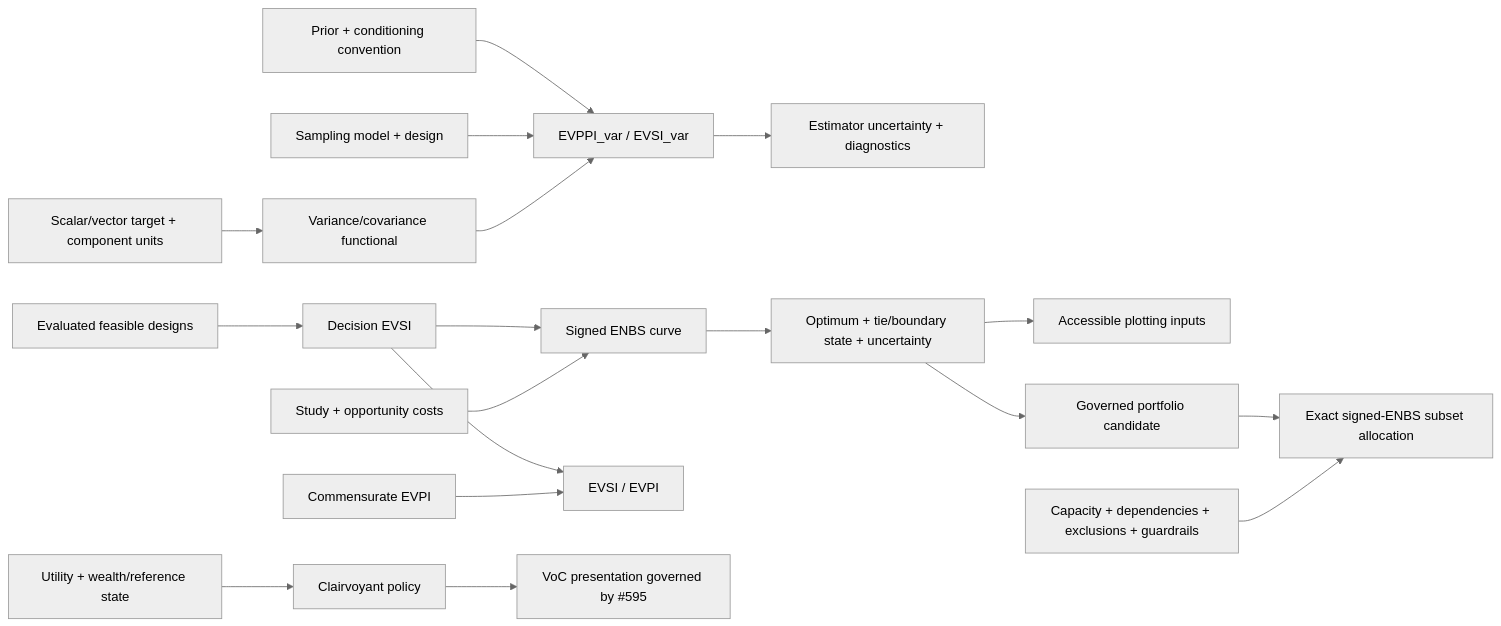
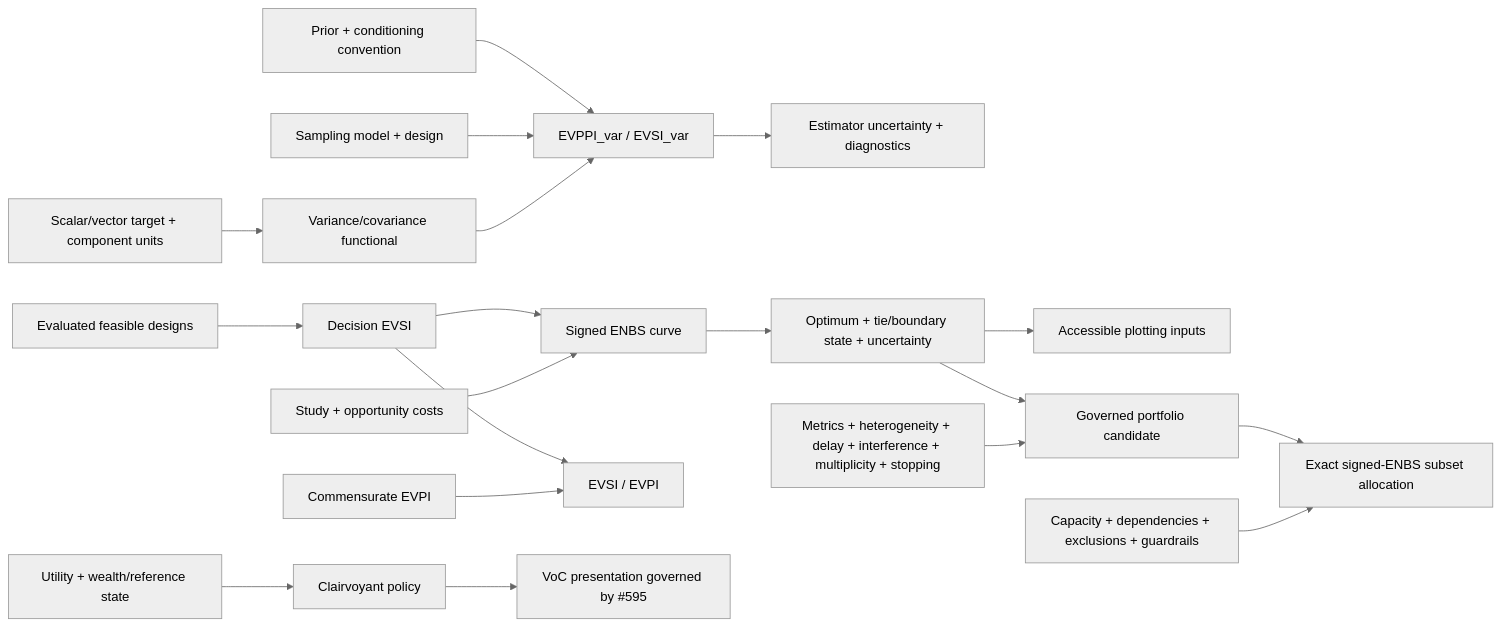
The third of 7 diagrams in conductor/design.md (edithatogo/voiage), drawn with Mermaid (neutral theme) before and after one commit. The commit also changed 18 other files, not shown here.

````diff
--- a/conductor/design.md
+++ b/conductor/design.md
@@ -44,22 +44,23 @@
 ```mermaid
 flowchart LR
     Target["Scalar/vector target + component units"] --> Functional["Variance/covariance functional"]
     Conditioning["Prior + conditioning convention"] --> Estimation["EVPPI_var / EVSI_var"]
     Sampling["Sampling model + design"] --> Estimation
     Functional --> Estimation
     Estimation --> Assurance["Estimator uncertainty + diagnostics"]
 
     Designs["Evaluated feasible designs"] --> EVSI["Decision EVSI"]
     EVSI --> ENBS["Signed ENBS curve"]
     Costs["Study + opportunity costs"] --> ENBS
     ENBS --> COSS["Optimum + tie/boundary state + uncertainty"]
     COSS --> Plot["Accessible plotting inputs"]
     EVSI --> Ratio["EVSI / EVPI"]
     EVPI["Commensurate EVPI"] --> Ratio
     COSS --> Candidate["Governed portfolio candidate"]
+    PortfolioSemantics["Metrics + heterogeneity + delay + interference + multiplicity + stopping"] --> Candidate
     Candidate --> Portfolio["Exact signed-ENBS subset allocation"]
     PortfolioConstraints["Capacity + dependencies + exclusions + guardrails"] --> Portfolio
 
     Utility["Utility + wealth/reference state"] --> Clairvoyant["Clairvoyant policy"]
     Clairvoyant --> VoC["VoC presentation governed by #595"]
 ```
````
